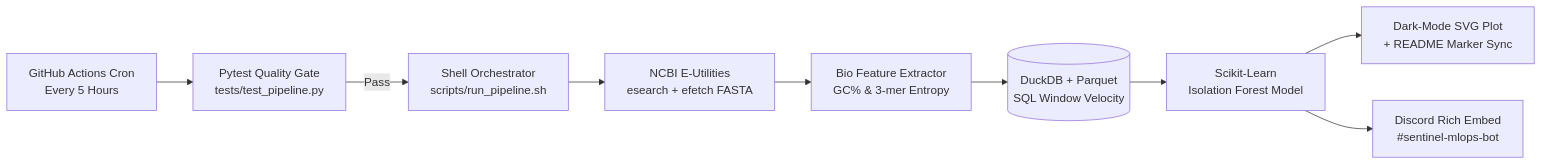
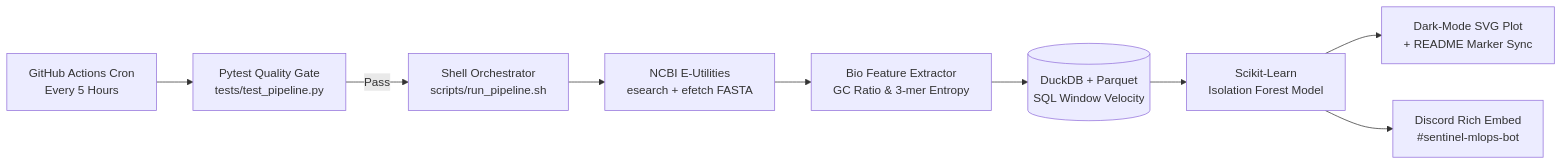
Before and after one commit to AbdulRaffayQureshi/pathogen-drift-sentinel: the diagram in README.md, drawn with Mermaid. The commit also changed other lines of this file and 3 other files, not shown here.

````diff
--- a/README.md
+++ b/README.md
@@ -44,11 +44,11 @@
 ```mermaid
 flowchart LR
     A[GitHub Actions Cron<br/>Every 5 Hours] --> B[Pytest Quality Gate<br/>tests/test_pipeline.py]
     B -->|Pass| C[Shell Orchestrator<br/>scripts/run_pipeline.sh]
     C --> D[NCBI E-Utilities<br/>esearch + efetch FASTA]
-    D --> E[Bio Feature Extractor<br/>GC% & 3-mer Entropy]
+    D --> E[Bio Feature Extractor<br/>GC Ratio & 3-mer Entropy]
     E --> F[(DuckDB + Parquet<br/>SQL Window Velocity)]
     F --> G[Scikit-Learn<br/>Isolation Forest Model]
     G --> H[Dark-Mode SVG Plot<br/>+ README Marker Sync]
     G --> I[Discord Rich Embed<br/>#sentinel-mlops-bot]
 ```
````
